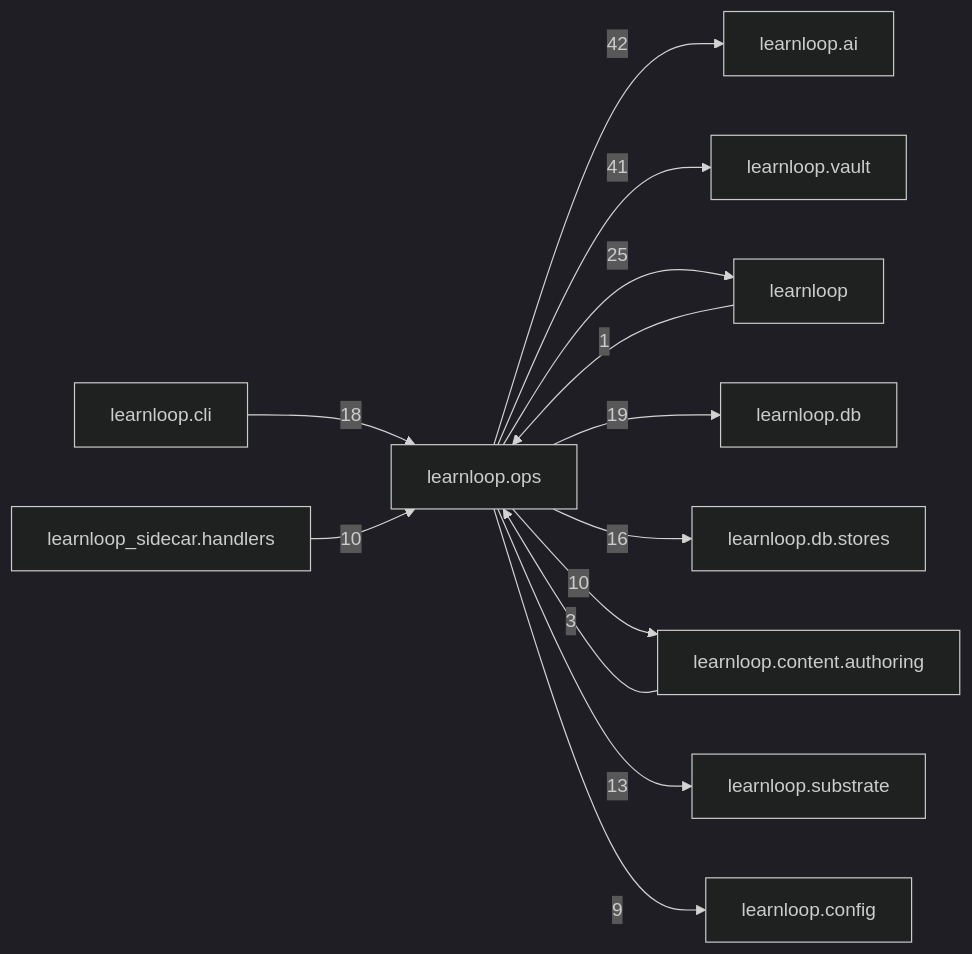
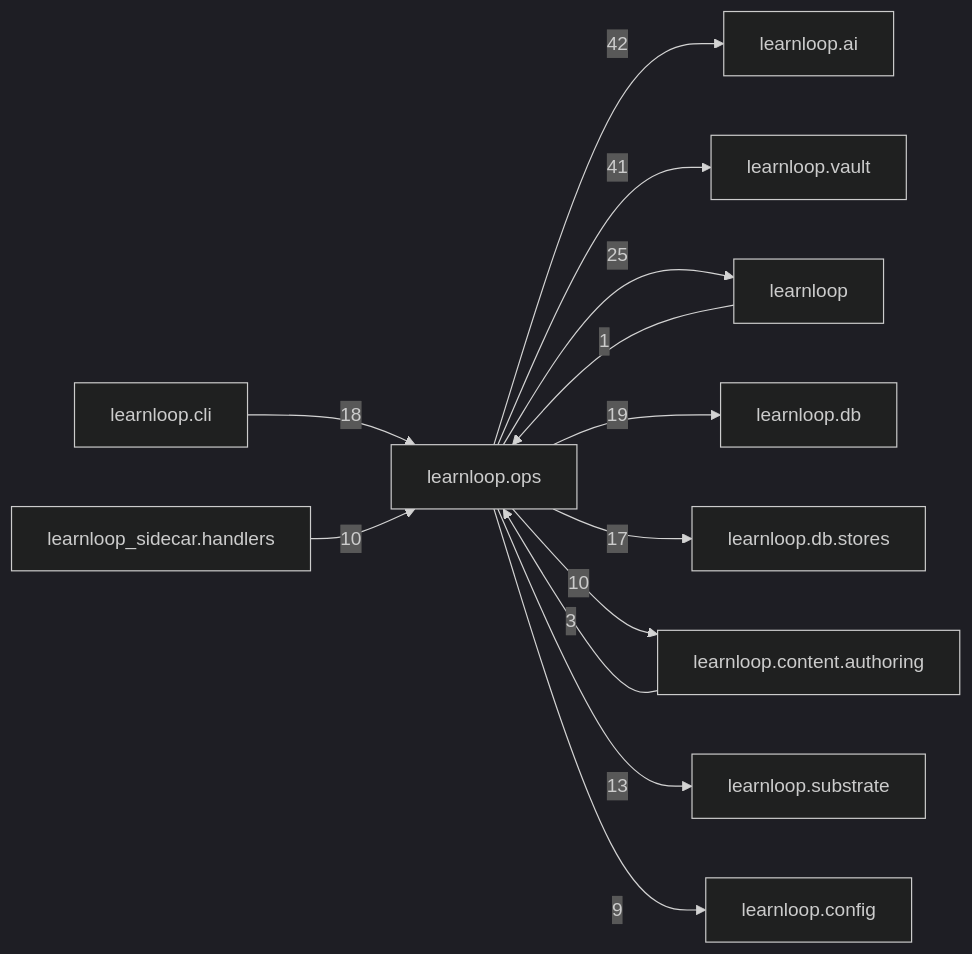
The diagram in docs/learnloop-architecture-vault/Reference/Modules/learnloop/ops/_package.md (6up-b/learnanything), drawn with Mermaid (dark theme) before and after one commit. The commit also changed other lines of this file and 76 other files, not shown here.

````diff
--- a/docs/learnloop-architecture-vault/Reference/Modules/learnloop/ops/_package.md
+++ b/docs/learnloop-architecture-vault/Reference/Modules/learnloop/ops/_package.md
@@ -148,26 +148,26 @@
 ```mermaid
 flowchart LR
     center["learnloop.ops"]
     n_learnloop_ai["learnloop.ai"]
     n_learnloop_vault["learnloop.vault"]
     n_learnloop["learnloop"]
     n_learnloop_db["learnloop.db"]
     n_learnloop_cli["learnloop.cli"]
     n_learnloop_db_stores["learnloop.db.stores"]
     n_learnloop_content_authoring["learnloop.content.authoring"]
     n_learnloop_substrate["learnloop.substrate"]
     n_learnloop_sidecar_handlers["learnloop_sidecar.handlers"]
     n_learnloop_config["learnloop.config"]
     center -->|42| n_learnloop_ai
     center -->|41| n_learnloop_vault
     n_learnloop -->|1| center
     center -->|25| n_learnloop
     center -->|19| n_learnloop_db
     n_learnloop_cli -->|18| center
-    center -->|16| n_learnloop_db_stores
+    center -->|17| n_learnloop_db_stores
     n_learnloop_content_authoring -->|3| center
     center -->|10| n_learnloop_content_authoring
     center -->|13| n_learnloop_substrate
     n_learnloop_sidecar_handlers -->|10| center
     center -->|9| n_learnloop_config
 ```
````
